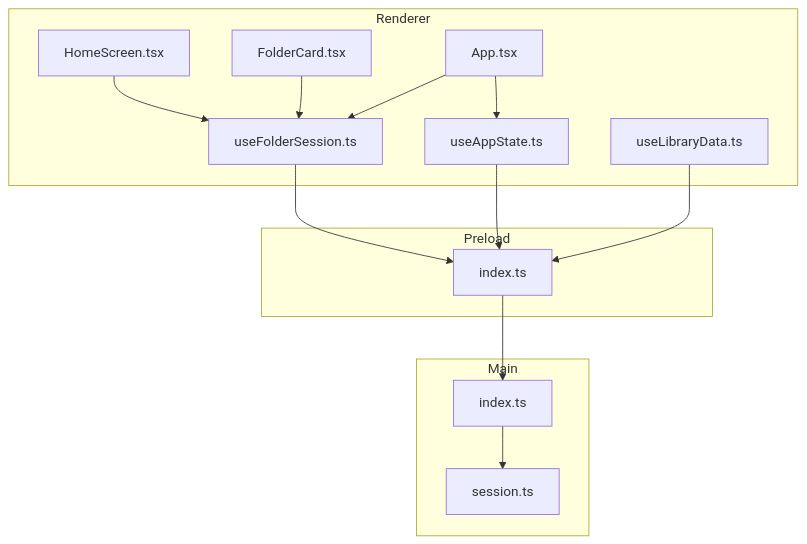
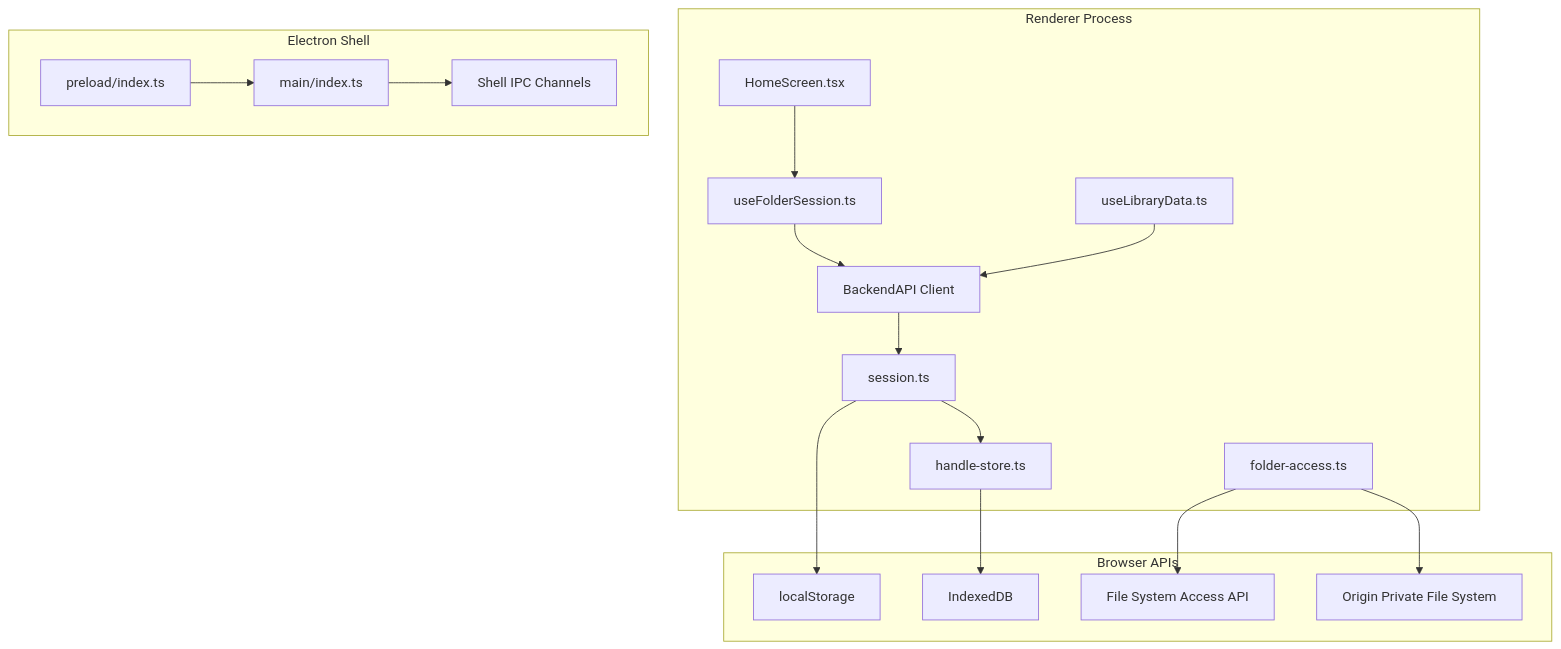
Before and after one commit to satyrlord/mixjam-electron: the first of 4 diagrams in .qoder/repowiki/en/content/Session Management.md, drawn with Mermaid. The commit also changed other lines of this file and 51 other files, not shown here.

````diff
--- a/.qoder/repowiki/en/content/Session Management.md
+++ b/.qoder/repowiki/en/content/Session Management.md
@@ -50,27 +45,34 @@
 ```mermaid
 graph TB
-subgraph "Renderer"
+subgraph "Renderer Process"
 HS["HomeScreen.tsx"]
-FC["FolderCard.tsx"]
 UFS["useFolderSession.ts"]
-UAS["useAppState.ts"]
 ULD["useLibraryData.ts"]
-APP["App.tsx"]
+BAPI["BackendAPI Client"]
+SESS["session.ts"]
+HSTORE["handle-store.ts"]
+FACCESS["folder-access.ts"]
 end
-subgraph "Preload"
-PRE["index.ts"]
+subgraph "Browser APIs"
+LS["localStorage"]
+IDB["IndexedDB"]
+FSA["File System Access API"]
+OPFS["Origin Private File System"]
 end
-subgraph "Main"
-IDX["index.ts"]
-SES["session.ts"]
+subgraph "Electron Shell"
+PRE["preload/index.ts"]
+MAIN["main/index.ts"]
+IPC["Shell IPC Channels"]
 end
 HS --> UFS
-FC --> UFS
-APP --> UFS
-APP --> UAS
-UFS --> PRE
-UAS --> PRE
-ULD --> PRE
-PRE --> IDX
-IDX --> SES
+UFS --> BAPI
+ULD --> BAPI
+BAPI --> SESS
+SESS --> LS
+SESS --> HSTORE
+HSTORE --> IDB
+FACCESS --> FSA
+FACCESS --> OPFS
+PRE --> MAIN
+MAIN --> IPC
 ```
````
